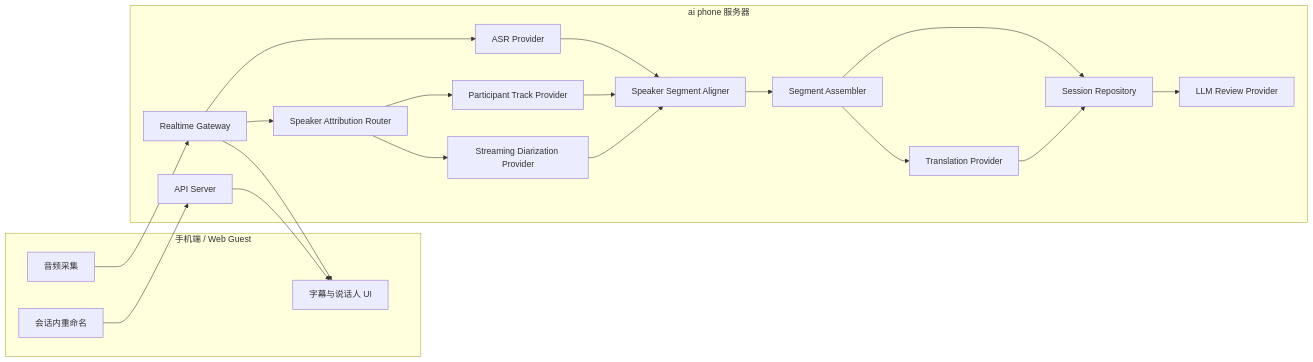
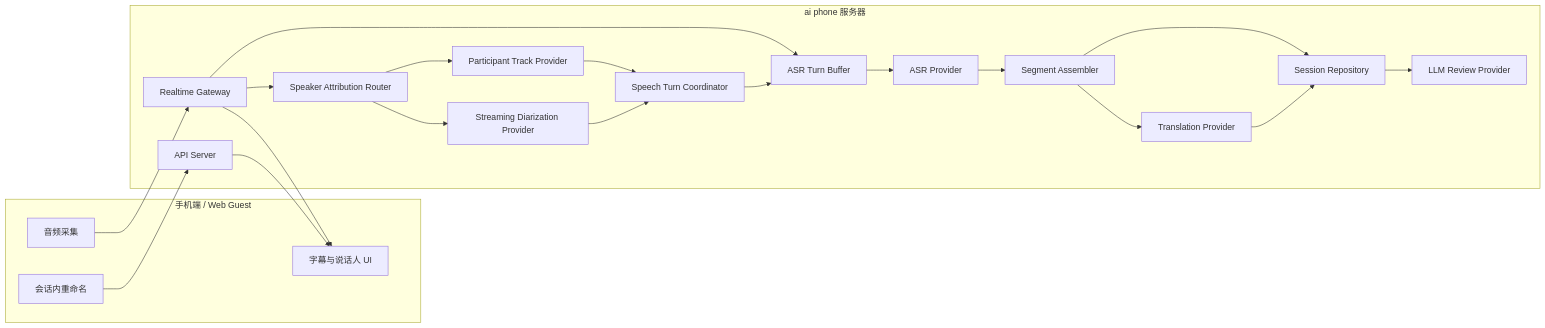
The first of 2 diagrams in docs/ai-phone-speaker-attribution-design.md (xutianliang77-create/ai-phone), drawn with Mermaid before and after one commit. The commit also changed other lines of this file and 13 other files, not shown here.

````diff
--- a/docs/ai-phone-speaker-attribution-design.md
+++ b/docs/ai-phone-speaker-attribution-design.md
@@ -128,39 +125,41 @@
 ```mermaid
 flowchart LR
   subgraph Client["手机端 / Web Guest"]
     Capture["音频采集"]
     Subtitle["字幕与说话人 UI"]
     Rename["会话内重命名"]
   end
 
   subgraph Server["ai phone 服务器"]
     API["API Server"]
     Gateway["Realtime Gateway"]
     Router["Speaker Attribution Router"]
     Track["Participant Track Provider"]
     Diar["Streaming Diarization Provider"]
-    Align["Speaker Segment Aligner"]
+    Turn["Speech Turn Coordinator"]
+    Buffer["ASR Turn Buffer"]
     ASR["ASR Provider"]
     Assemble["Segment Assembler"]
     MT["Translation Provider"]
     Review["LLM Review Provider"]
     Repo["Session Repository"]
   end
 
   Capture --> Gateway
-  Gateway --> ASR
+  Gateway --> Buffer
   Gateway --> Router
   Router --> Track
   Router --> Diar
-  ASR --> Align
-  Track --> Align
-  Diar --> Align
-  Align --> Assemble
+  Track --> Turn
+  Diar --> Turn
+  Turn --> Buffer
+  Buffer --> ASR
+  ASR --> Assemble
   Assemble --> MT
   Assemble --> Repo
   MT --> Repo
   Repo --> Review
   Gateway --> Subtitle
   API --> Subtitle
   Rename --> API
 ```
````
